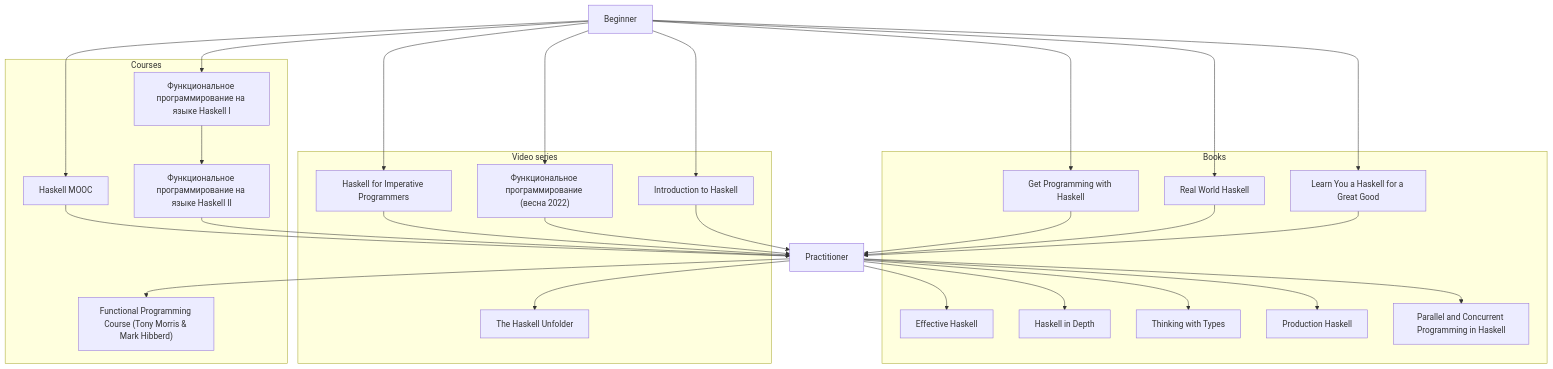
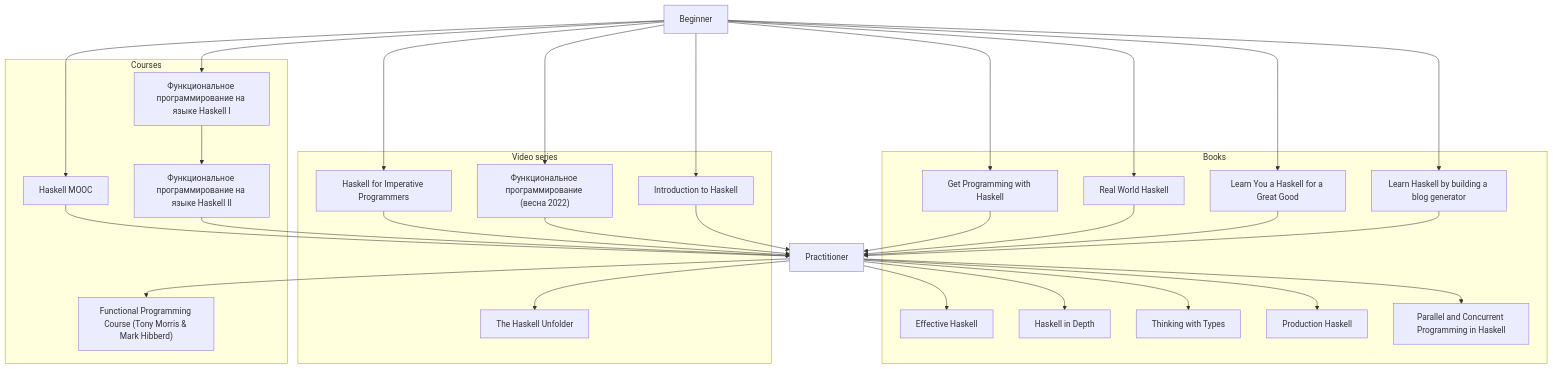
Before and after one commit to haskelluz/resources: the diagram in README.md, drawn with Mermaid. The commit also changed other lines of this file, not shown here.

Commit message:
add: learn-haskell.blog in beginners resources

````diff
--- a/README.md
+++ b/README.md
@@ -24,51 +25,53 @@
 ```mermaid
 graph TD
     L1[Beginner]
     L2[Practitioner]
 
     L1 --> B1_1[Get Programming with Haskell]
     L1 --> B1_2[Real World Haskell]
     L1 --> B1_3[Learn You a Haskell for a Great Good]
+    L1 --> B1_4[Learn Haskell by building a blog generator]
     L1 --> C1_1[Haskell MOOC]
     L1 --> C1_2[Функциональное программирование на языке Haskell I]
     L1 --> V1_1[Haskell for Imperative Programmers]
     L1 --> V1_2["Функциональное программирование (весна 2022)"]
     L1 --> V1_3[Introduction to Haskell]
 
     C1_2 --> C1_3[Функциональное программирование на языке Haskell II]
 
     L2 --> B2_1[Effective Haskell]
     L2 --> C2_1["Functional Programming Course (Tony Morris & Mark Hibberd)"]
     L2 --> V2_1[The Haskell Unfolder]
     L2 --> B2_2[Haskell in Depth]
     L2 --> B2_3[Thinking with Types]
     L2 --> B2_4[Production Haskell]
     L2 --> B2_5[Parallel and Concurrent Programming in Haskell]
 
-    B1_1 & B1_2 & B1_3 & C1_1 & C1_3 & V1_1 & V1_2 & V1_3 --> L2
+    B1_1 & B1_2 & B1_3 & B1_4 & C1_1 & C1_3 & V1_1 & V1_2 & V1_3 --> L2
 
     subgraph "Books"
     B1_1
     B1_2
     B1_3
+    B1_4
     B2_1
     B2_2
     B2_3
     B2_4
     B2_5
     end
 
     subgraph "Courses"
     C1_1
     C1_2
     C1_3
     C2_1
     end
 
     subgraph "Video series"
     V1_1
     V1_2
     V1_3
     V2_1
     end
 ```
````
